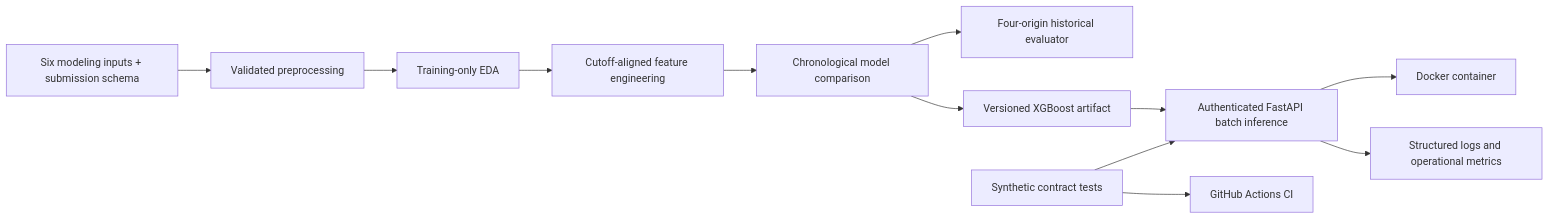
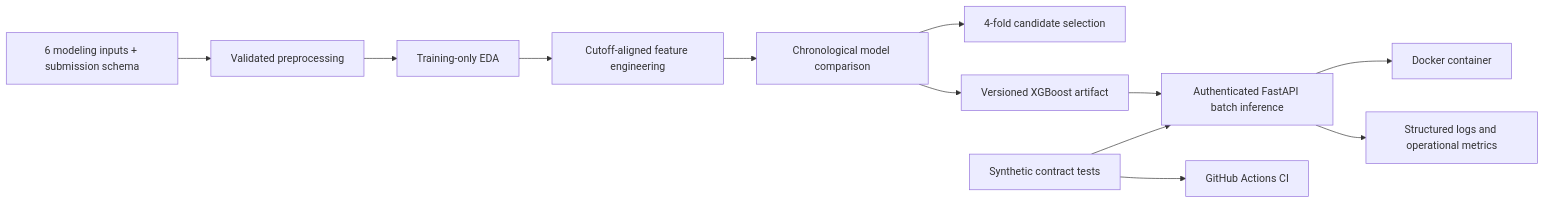
The diagram in README.md (mthufailsamas/retail-sales-forecasting-ai-engineering), drawn with Mermaid before and after one commit. The commit also changed other lines of this file and 2 other files, not shown here.

Commit message:
Add four-fold retail model selection

````diff
--- a/README.md
+++ b/README.md
@@ -32,14 +32,14 @@
 ```mermaid
 flowchart LR
-    A["Six modeling inputs + submission schema"] --> B["Validated preprocessing"]
+    A["6 modeling inputs + submission schema"] --> B["Validated preprocessing"]
     B --> C["Training-only EDA"]
     C --> D["Cutoff-aligned feature engineering"]
     D --> E["Chronological model comparison"]
-    E --> L["Four-origin historical evaluator"]
+    E --> L["4-fold candidate selection"]
     E --> F["Versioned XGBoost artifact"]
     F --> G["Authenticated FastAPI batch inference"]
     G --> H["Docker container"]
     G --> K["Structured logs and operational metrics"]
     I["Synthetic contract tests"] --> G
     I --> J["GitHub Actions CI"]
 ```
````
